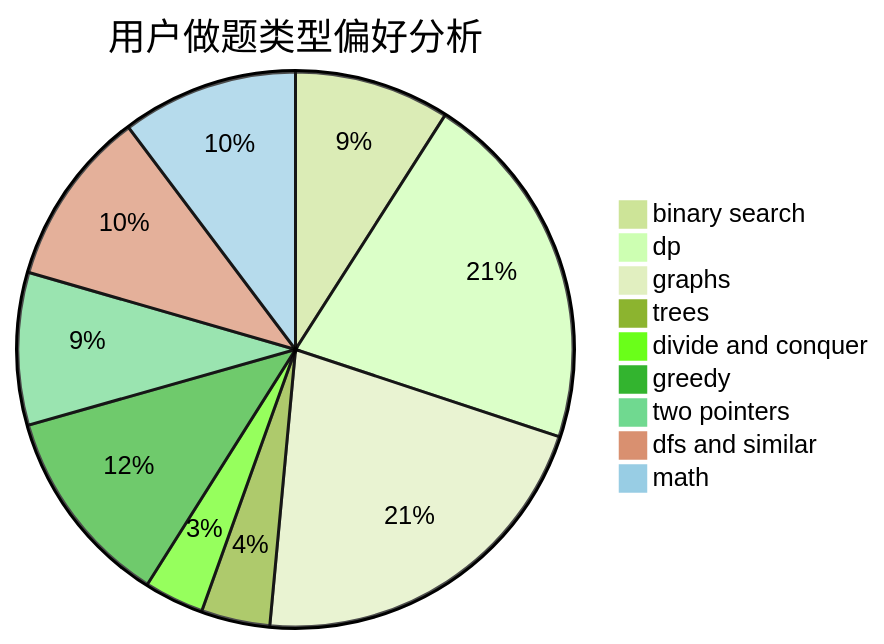
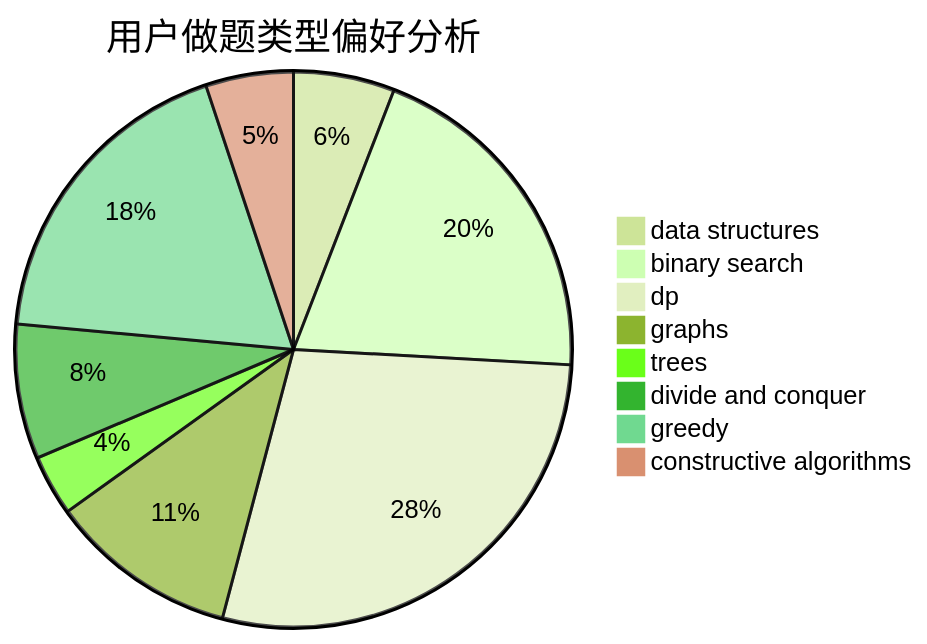
One commit to sherpahu/cfrs.github.io changed the second of 3 diagrams in docs/user/u845.md. Above: the diagram before and after it, drawn with Mermaid (forest theme). The commit also changed other lines of this file and 2775 other files, not shown here.

````diff
--- a/docs/user/u845.md
+++ b/docs/user/u845.md
@@ -23,12 +23,11 @@
 ```mermaid
 pie title 用户做题类型偏好分析
-    "binary search" :  52
-    "dp" :  121
-    "graphs" :  123
-    "trees" :  23
+    "data structures" :  15
+    "binary search" :  51
+    "dp" :  72
+    "graphs" :  28
+    "trees" :  9
     "divide and conquer" :  20
-    "greedy" :  67
-    "two pointers" :  51
-    "dfs and similar" :  59
-    "math" :  59
+    "greedy" :  47
+    "constructive algorithms" :  13
 ```
````
